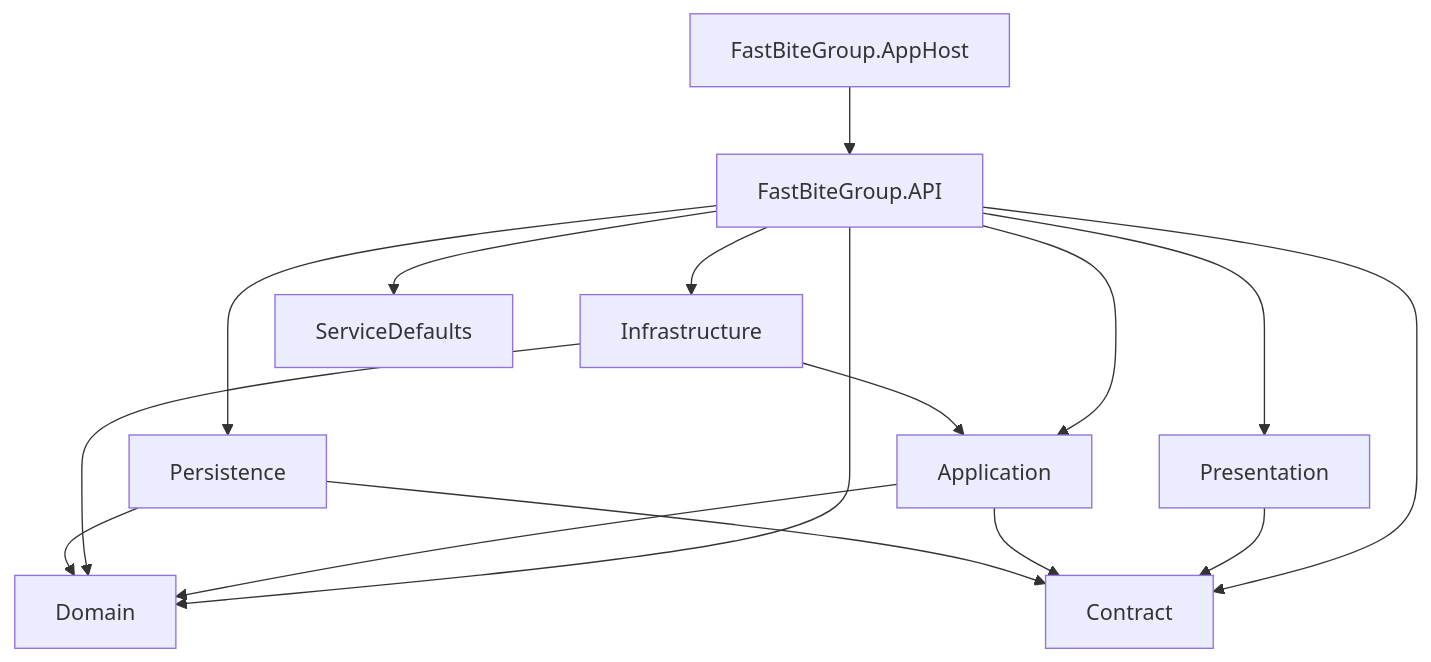
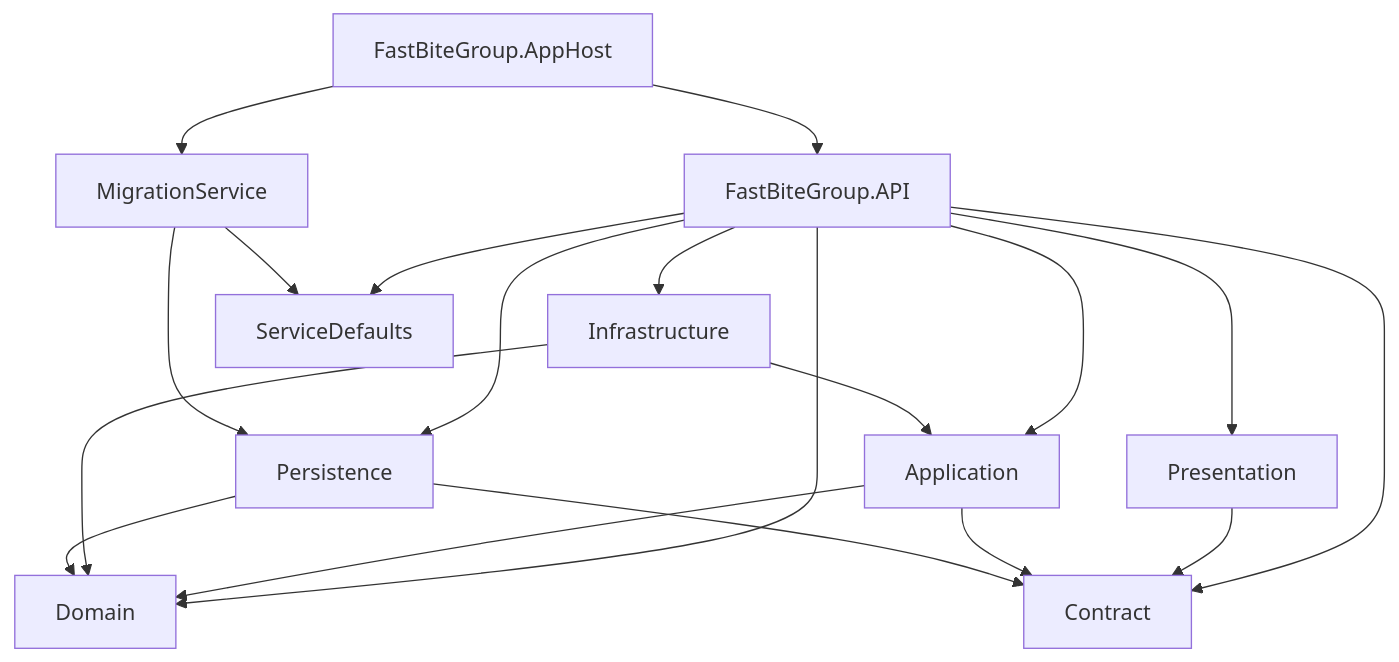
The diagram in docs/ai-context/ARCHITECTURE.md (LanHoangPh/FastBiteSolution), drawn with Mermaid before and after one commit. The commit also changed other lines of this file and 27 other files, not shown here.

First line of the commit message:
Add MigrationService for DB migrations and seeding

````diff
--- a/docs/ai-context/ARCHITECTURE.md
+++ b/docs/ai-context/ARCHITECTURE.md
@@ -176,23 +177,27 @@
 ```mermaid
 graph TD
     API[FastBiteGroup.API] --> Application
     API --> Contract
     API --> Domain
     API --> Infrastructure
     API --> Persistence
     API --> Presentation
     API --> ServiceDefaults
 
     AppHost[FastBiteGroup.AppHost] --> API
+    AppHost[FastBiteGroup.AppHost] --> MigrationService
 
     Presentation --> Contract
 
     Application --> Domain
     Application --> Contract
 
     Infrastructure --> Application
     Infrastructure --> Domain
 
     Persistence --> Domain
     Persistence --> Contract
+
+   MigrationService --> Persistence
+   MigrationService --> ServiceDefaults
 ```
````
